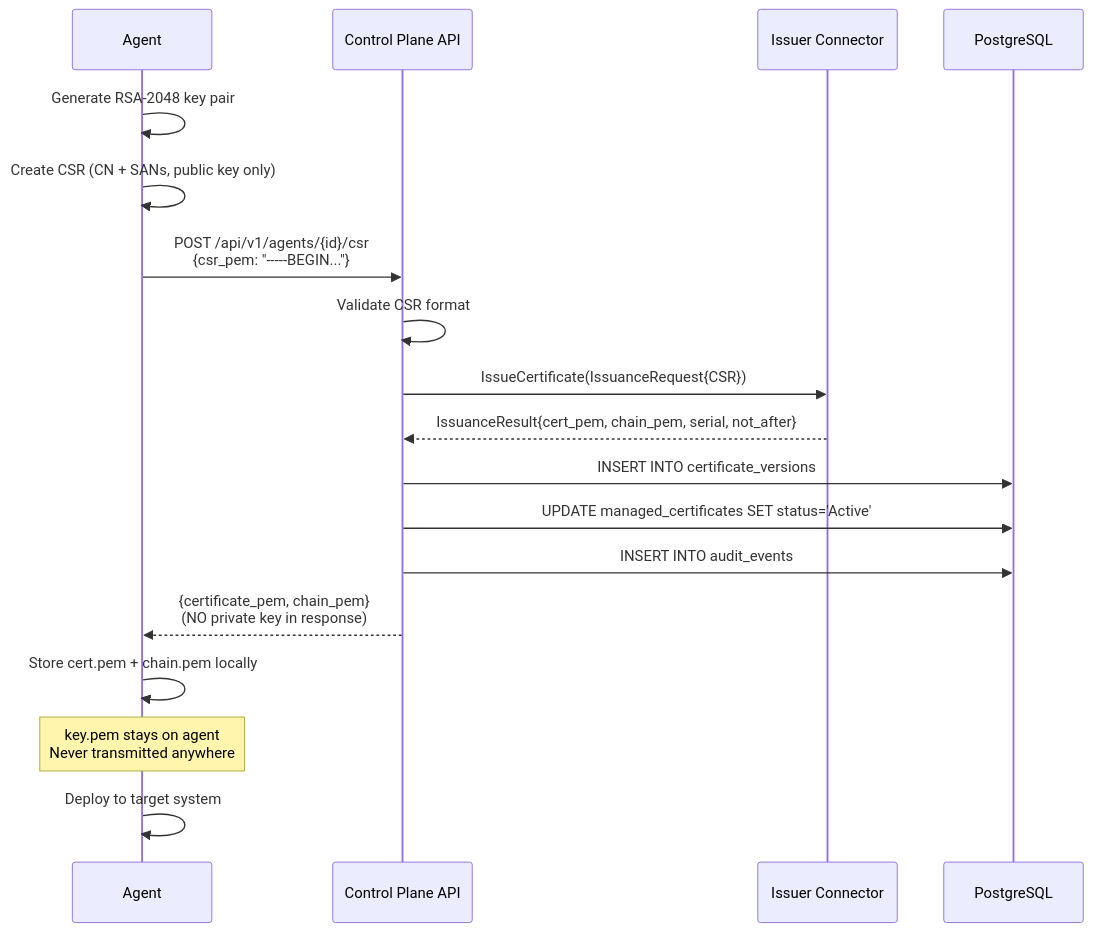
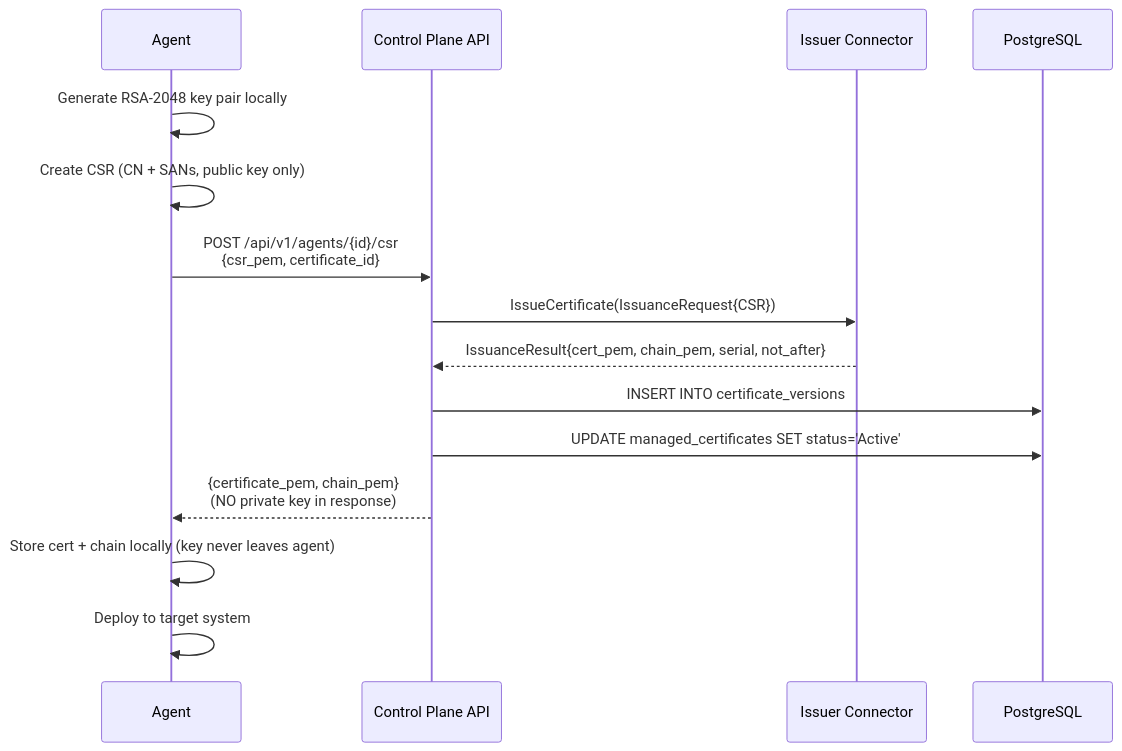
Before and after one commit to certctl-io/certctl: the fifth of 11 diagrams in docs/architecture.md, drawn with Mermaid. The commit also changed other lines of this file and 15 other files, not shown here.

````diff
--- a/docs/architecture.md
+++ b/docs/architecture.md
@@ -228,25 +259,22 @@
 ```mermaid
 sequenceDiagram
     participant A as Agent
     participant API as Control Plane API
     participant ISS as Issuer Connector
     participant DB as PostgreSQL
 
-    A->>A: Generate RSA-2048 key pair
+    A->>A: Generate RSA-2048 key pair locally
     A->>A: Create CSR (CN + SANs, public key only)
-    A->>API: POST /api/v1/agents/{id}/csr<br/>{csr_pem: "-----BEGIN..."}
+    A->>API: POST /api/v1/agents/{id}/csr<br/>{csr_pem, certificate_id}
 
-    API->>API: Validate CSR format
     API->>ISS: IssueCertificate(IssuanceRequest{CSR})
     ISS-->>API: IssuanceResult{cert_pem, chain_pem, serial, not_after}
 
     API->>DB: INSERT INTO certificate_versions
     API->>DB: UPDATE managed_certificates SET status='Active'
-    API->>DB: INSERT INTO audit_events
 
     API-->>A: {certificate_pem, chain_pem}<br/>(NO private key in response)
 
-    A->>A: Store cert.pem + chain.pem locally
-    Note over A: key.pem stays on agent<br/>Never transmitted anywhere
+    A->>A: Store cert + chain locally (key never leaves agent)
     A->>A: Deploy to target system
 ```
````
